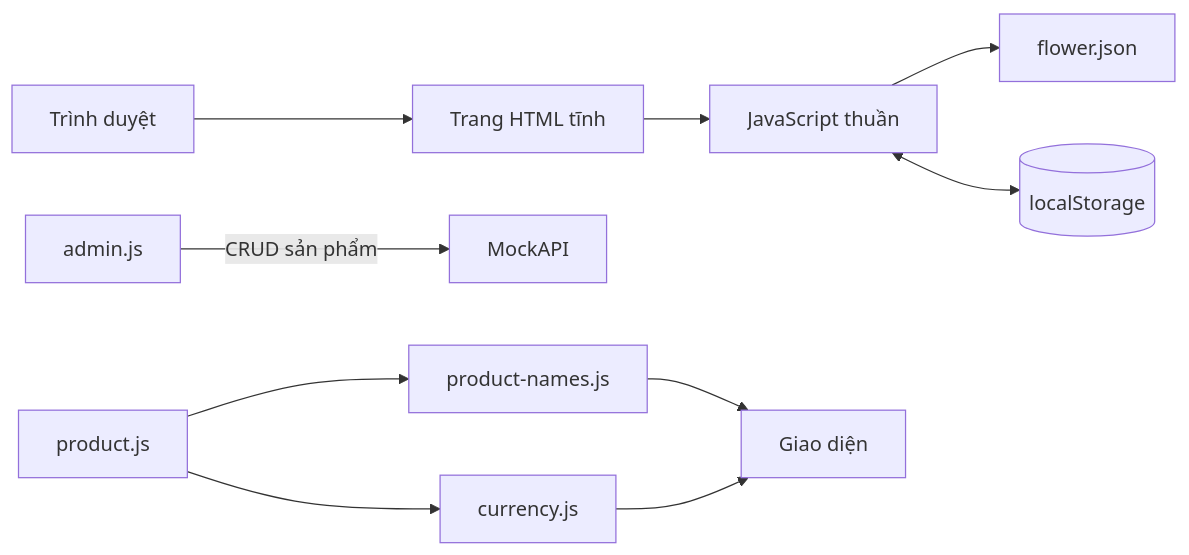
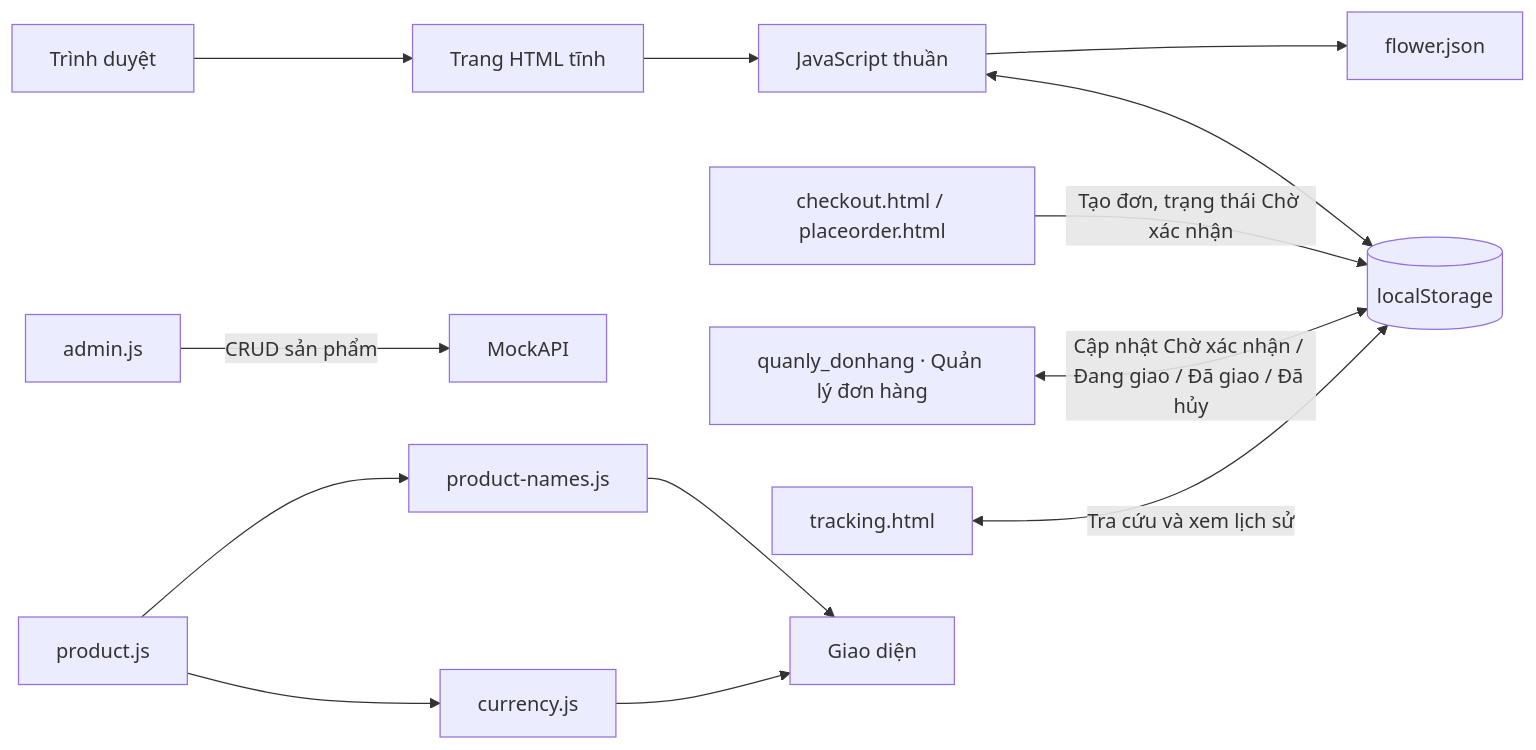
The diagram in flower.com/README.md (Longg5048/flower.com), drawn with Mermaid before and after one commit. The commit also changed other lines of this file and 6 other files, not shown here.

````diff
--- a/flower.com/README.md
+++ b/flower.com/README.md
@@ -10,12 +10,15 @@
 ```mermaid
 flowchart LR
 	Browser[Trình duyệt] --> Pages[Trang HTML tĩnh]
 	Pages --> Scripts[JavaScript thuần]
 	Scripts --> Catalog["flower.json"]
 	Scripts <--> Storage[(localStorage)]
 	Admin["admin.js"] -->|CRUD sản phẩm| API[MockAPI]
+	Checkout["checkout.html / placeorder.html"] -->|Tạo đơn, trạng thái Chờ xác nhận| Storage
+	AdminOrders["quanly_donhang · Quản lý đơn hàng"] <-->|Cập nhật Chờ xác nhận / Đang giao / Đã giao / Đã hủy| Storage
+	Tracking["tracking.html"] <-->|Tra cứu và xem lịch sử| Storage
 	Product["product.js"] --> Names["product-names.js"]
 	Product --> Currency["currency.js"]
 	Names --> UI[Giao diện]
 	Currency --> UI
 ```
````
